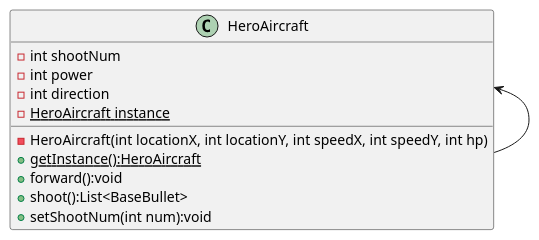
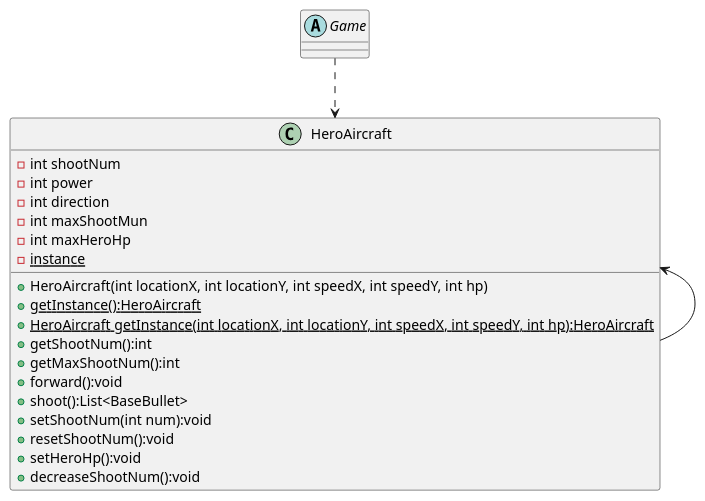
The diagram in uml/HeroAircraftSignleton.puml (KKjimmie/AircraftWar), drawn with PlantUML before and after one commit. The commit also changed 72 other files, not shown here.

```diff
--- a/uml/HeroAircraftSignleton.puml
+++ b/uml/HeroAircraftSignleton.puml
@@ -1,20 +1,29 @@
 @startuml
 'https://plantuml.com/class-diagram
 
 
 class HeroAircraft {
     - int shootNum
     - int power
     - int direction
-    - {static}HeroAircraft instance
-    - HeroAircraft(int locationX, int locationY, int speedX, int speedY, int hp)
-    + {static}getInstance():HeroAircraft
+    - int maxShootMun
+    - int maxHeroHp
+    - {static} instance
+    + HeroAircraft(int locationX, int locationY, int speedX, int speedY, int hp)
+    + {static} getInstance():HeroAircraft
+    + {static} HeroAircraft getInstance(int locationX, int locationY, int speedX, int speedY, int hp):HeroAircraft
+    + getShootNum():int
+    + getMaxShootNum():int
     + forward():void
     + shoot():List<BaseBullet>
     + setShootNum(int num):void
+    + resetShootNum():void
+    + setHeroHp():void
+    + decreaseShootNum():void
 }
 
+abstract class Game
 
 HeroAircraft <-- HeroAircraft
-
+Game ..> HeroAircraft
 @enduml
```
